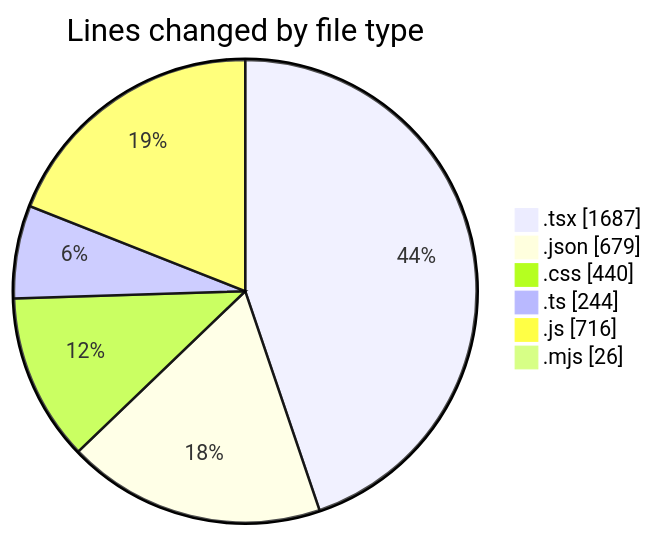
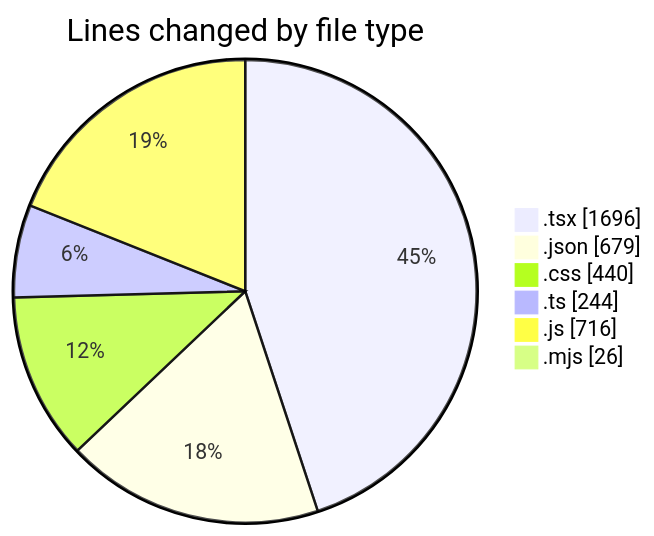
One commit to Elitesun/code-tracking changed the first of 2 diagrams in 2025-05-04/niten/README.md. Above: the diagram before and after it, drawn with Mermaid. The commit also changed other lines of this file and 1 other file, not shown here.

````diff
--- a/2025-05-04/niten/README.md
+++ b/2025-05-04/niten/README.md
@@ -55,10 +55,10 @@
 ```mermaid
 pie showData
 title Lines changed by file type
-".tsx" : 1687
+".tsx" : 1696
 ".json" : 679
 ".css" : 440
 ".ts" : 244
 ".js" : 716
 ".mjs" : 26
 ```
````
